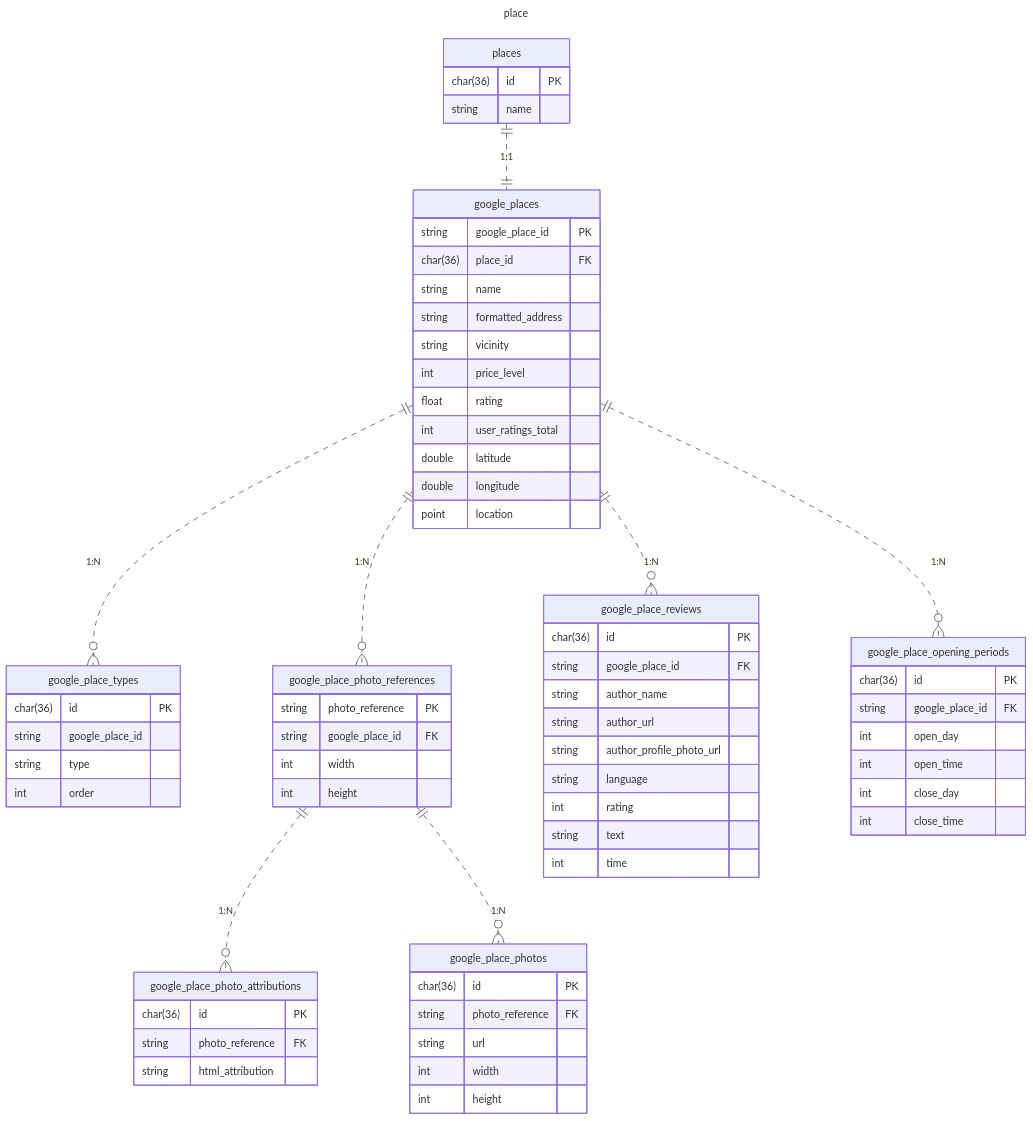
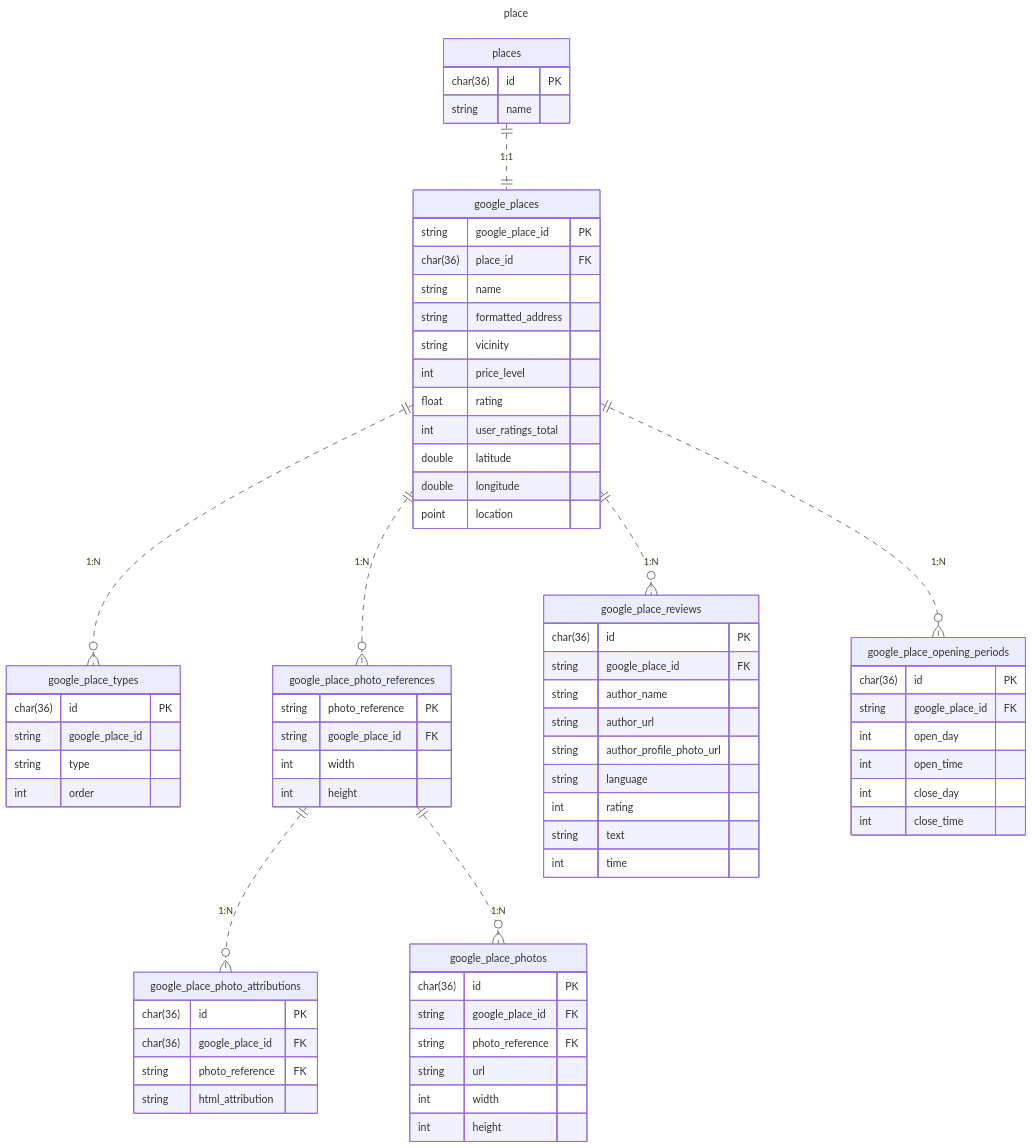
Before and after one commit to poroto-app/planner: the second of 2 diagrams in doc/database/er.md, drawn with Mermaid. The commit also changed 1 other file, not shown here.

Commit message:
feat(db): google_place_idカラムを追加

```diff
--- a/doc/database/er.md
+++ b/doc/database/er.md
@@ -56,6 +56,7 @@
 
     google_place_photos {
         char(36) id PK
+        string google_place_id FK
         string photo_reference FK
         string url
         int width
@@ -64,6 +65,7 @@
 
     google_place_photo_attributions {
         char(36) id PK
+        char(36) google_place_id FK
         string photo_reference FK
         string html_attribution
     }
```
